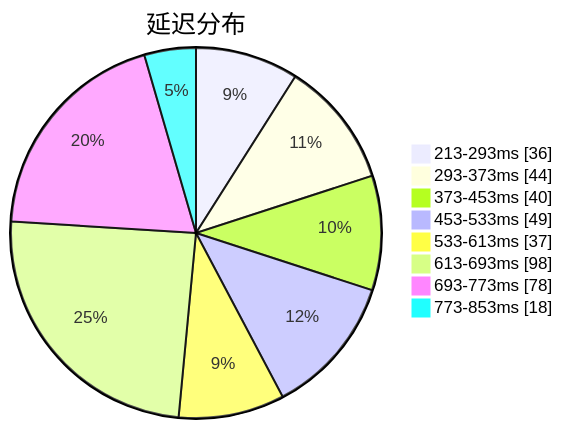
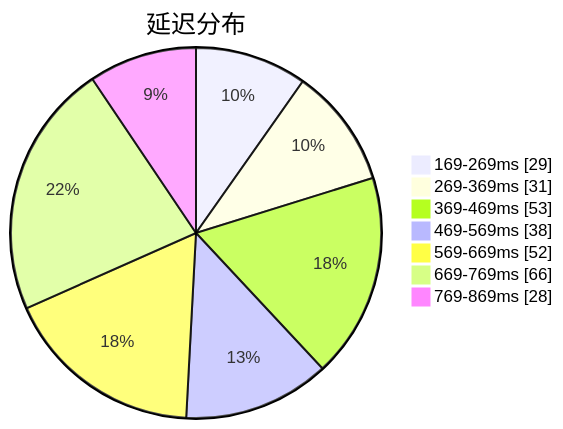
Before and after one commit to qjlxg/airport: the first of 3 diagrams in subs/statistics/tested_within.md, drawn with Mermaid. The commit also changed other lines of this file and 2 other files, not shown here.

Commit message:
Tested by metaST

````diff
--- a/subs/statistics/tested_within.md
+++ b/subs/statistics/tested_within.md
@@ -2,12 +2,11 @@
 ```mermaid
 pie showData
 title 延迟分布
-"213-293ms" : 36
-"293-373ms" : 44
-"373-453ms" : 40
-"453-533ms" : 49
-"533-613ms" : 37
-"613-693ms" : 98
-"693-773ms" : 78
-"773-853ms" : 18
+"169-269ms" : 29
+"269-369ms" : 31
+"369-469ms" : 53
+"469-569ms" : 38
+"569-669ms" : 52
+"669-769ms" : 66
+"769-869ms" : 28
 ```
````
